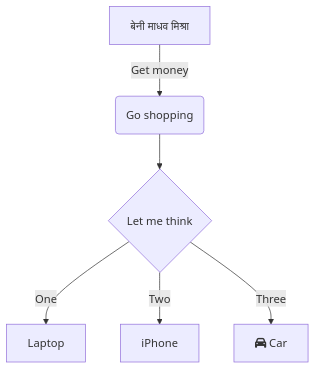
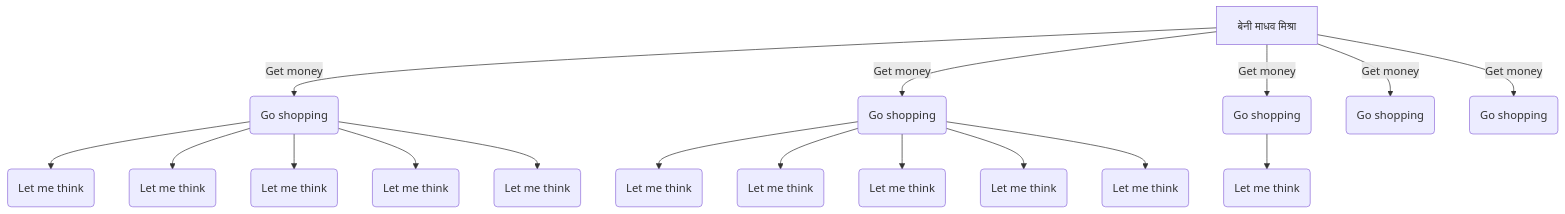
One commit to nishantaMishra/family-tree changed the first of 2 diagrams in README.md. Above: the diagram before and after it, drawn with Mermaid. The commit also changed other lines of this file, not shown here.

````diff
--- a/README.md
+++ b/README.md
@@ -3,8 +3,20 @@
 ```mermaid
 flowchart TD
-    A[" बेनी माधव मिश्रा "] -->|Get money| B(Go shopping)
-    B --> C{Let me think}
-    C -->|One| D[Laptop]
-    C -->|Two| E[iPhone]
-    C -->|Three| F[fa:fa-car Car]
+    A[बेनी माधव मिश्रा] -->|Get money| B(Go shopping)
+    A[बेनी माधव मिश्रा] -->|Get money| C(Go shopping)
+    A[बेनी माधव मिश्रा] -->|Get money| D(Go shopping)
+    A[बेनी माधव मिश्रा] -->|Get money| E(Go shopping)
+    A[बेनी माधव मिश्रा] -->|Get money| F(Go shopping)
+    B --> BA(Let me think)
+    B --> BB(Let me think)
+    B --> BC(Let me think)
+    B --> BD(Let me think)
+    B --> BE(Let me think)
+    C --> CA(Let me think)
+    C --> CB(Let me think)
+    C --> CC(Let me think)
+    C --> CD(Let me think)
+    C --> CE(Let me think)
+    D --> DD(Let me think)
+    
 ```
````
